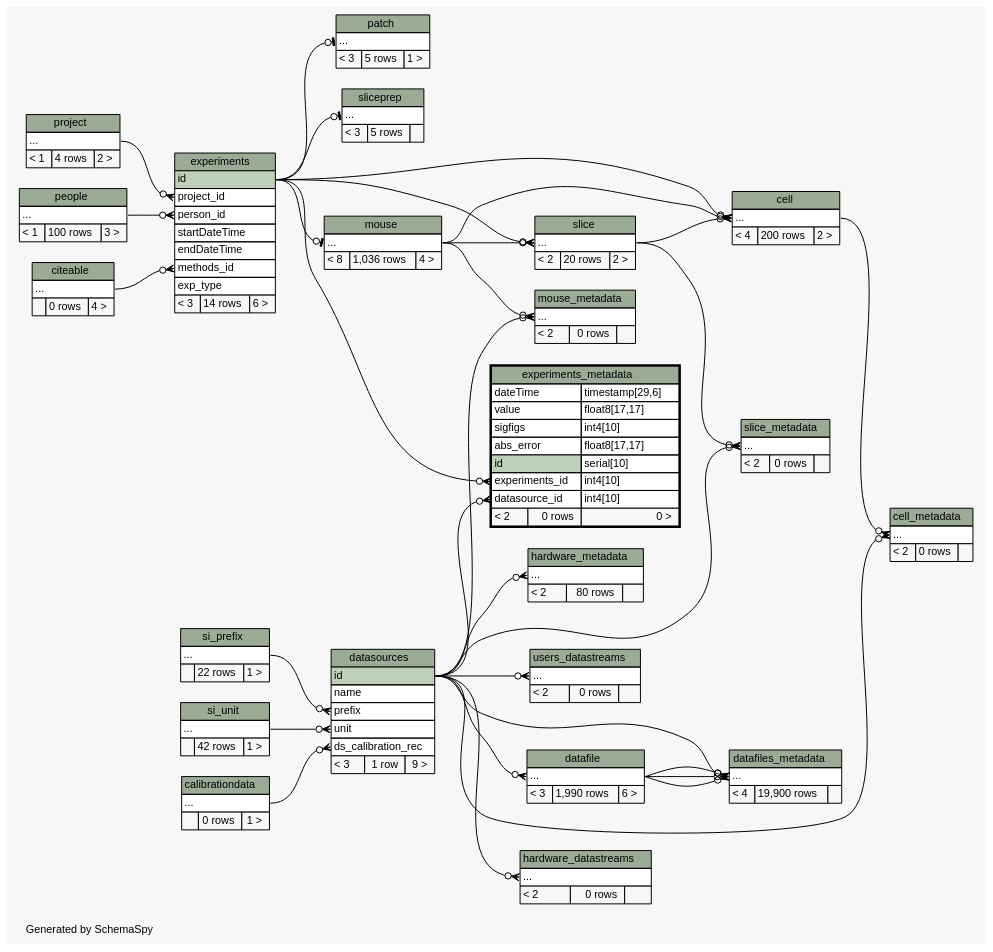
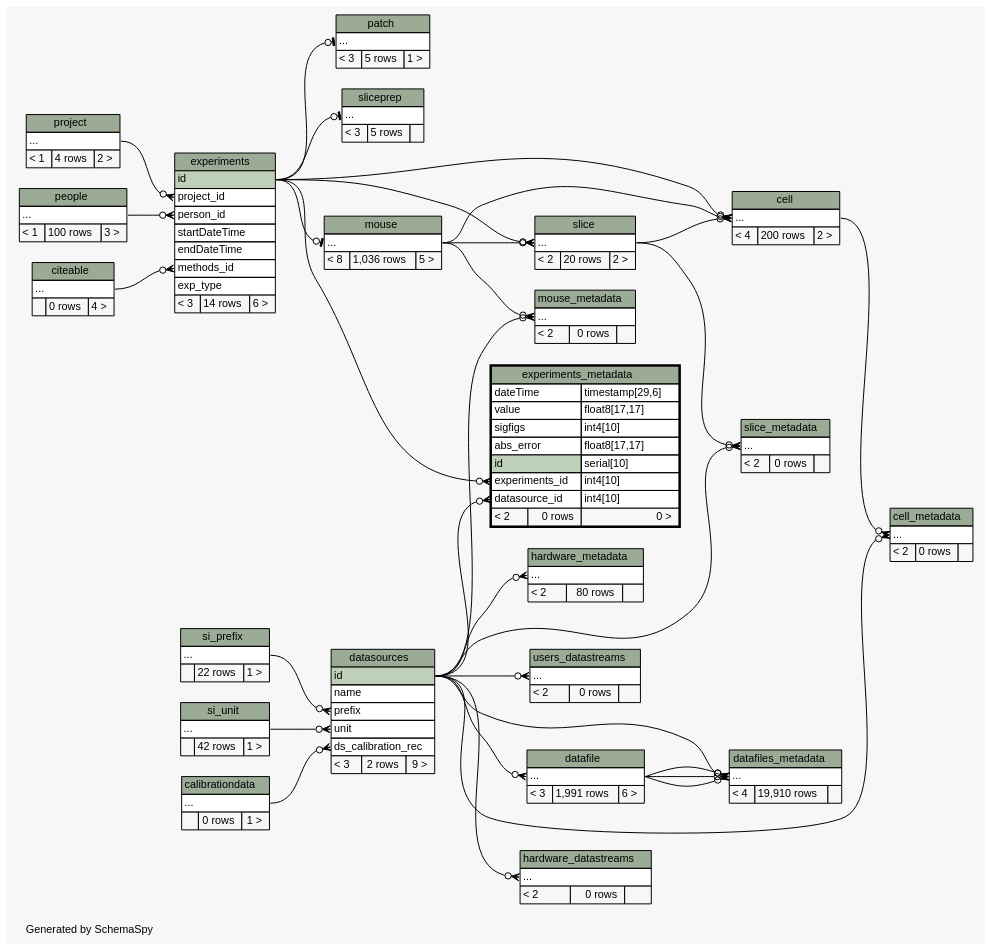
The diagram in database/ss/diagrams/experiments_metadata.2degrees.dot (tgbugs/mlab), drawn with Graphviz before and after one commit. The commit also changed 221 other files, not shown here.

```diff
--- a/database/ss/diagrams/experiments_metadata.2degrees.dot
+++ b/database/ss/diagrams/experiments_metadata.2degrees.dot
@@ -94,7 +94,7 @@
     <TABLE BORDER="0" CELLBORDER="1" CELLSPACING="0" BGCOLOR="#ffffff">
       <TR><TD COLSPAN="3" BGCOLOR="#9bab96" ALIGN="CENTER">datafile</TD></TR>
       <TR><TD PORT="elipses" COLSPAN="3" ALIGN="LEFT">...</TD></TR>
-      <TR><TD ALIGN="LEFT" BGCOLOR="#f7f7f7">&lt; 3</TD><TD ALIGN="RIGHT" BGCOLOR="#f7f7f7">1,990 rows</TD><TD ALIGN="RIGHT" BGCOLOR="#f7f7f7">6 &gt;</TD></TR>
+      <TR><TD ALIGN="LEFT" BGCOLOR="#f7f7f7">&lt; 3</TD><TD ALIGN="RIGHT" BGCOLOR="#f7f7f7">1,991 rows</TD><TD ALIGN="RIGHT" BGCOLOR="#f7f7f7">6 &gt;</TD></TR>
     </TABLE>>
     URL="datafile.html"
     tooltip="datafile"
@@ -104,7 +104,7 @@
     <TABLE BORDER="0" CELLBORDER="1" CELLSPACING="0" BGCOLOR="#ffffff">
       <TR><TD COLSPAN="3" BGCOLOR="#9bab96" ALIGN="CENTER">datafiles_metadata</TD></TR>
       <TR><TD PORT="elipses" COLSPAN="3" ALIGN="LEFT">...</TD></TR>
-      <TR><TD ALIGN="LEFT" BGCOLOR="#f7f7f7">&lt; 4</TD><TD ALIGN="RIGHT" BGCOLOR="#f7f7f7">19,900 rows</TD><TD ALIGN="RIGHT" BGCOLOR="#f7f7f7">  </TD></TR>
+      <TR><TD ALIGN="LEFT" BGCOLOR="#f7f7f7">&lt; 4</TD><TD ALIGN="RIGHT" BGCOLOR="#f7f7f7">19,910 rows</TD><TD ALIGN="RIGHT" BGCOLOR="#f7f7f7">  </TD></TR>
     </TABLE>>
     URL="datafiles_metadata.html"
     tooltip="datafiles_metadata"
@@ -118,7 +118,7 @@
       <TR><TD PORT="prefix" COLSPAN="3" ALIGN="LEFT">prefix</TD></TR>
       <TR><TD PORT="unit" COLSPAN="3" ALIGN="LEFT">unit</TD></TR>
       <TR><TD PORT="ds_calibration_rec" COLSPAN="3" ALIGN="LEFT">ds_calibration_rec</TD></TR>
-      <TR><TD ALIGN="LEFT" BGCOLOR="#f7f7f7">&lt; 3</TD><TD ALIGN="RIGHT" BGCOLOR="#f7f7f7">1 row</TD><TD ALIGN="RIGHT" BGCOLOR="#f7f7f7">9 &gt;</TD></TR>
+      <TR><TD ALIGN="LEFT" BGCOLOR="#f7f7f7">&lt; 3</TD><TD ALIGN="RIGHT" BGCOLOR="#f7f7f7">2 rows</TD><TD ALIGN="RIGHT" BGCOLOR="#f7f7f7">9 &gt;</TD></TR>
     </TABLE>>
     URL="datasources.html"
     tooltip="datasources"
@@ -180,7 +180,7 @@
     <TABLE BORDER="0" CELLBORDER="1" CELLSPACING="0" BGCOLOR="#ffffff">
       <TR><TD COLSPAN="3" BGCOLOR="#9bab96" ALIGN="CENTER">mouse</TD></TR>
       <TR><TD PORT="elipses" COLSPAN="3" ALIGN="LEFT">...</TD></TR>
-      <TR><TD ALIGN="LEFT" BGCOLOR="#f7f7f7">&lt; 8</TD><TD ALIGN="RIGHT" BGCOLOR="#f7f7f7">1,036 rows</TD><TD ALIGN="RIGHT" BGCOLOR="#f7f7f7">4 &gt;</TD></TR>
+      <TR><TD ALIGN="LEFT" BGCOLOR="#f7f7f7">&lt; 8</TD><TD ALIGN="RIGHT" BGCOLOR="#f7f7f7">1,036 rows</TD><TD ALIGN="RIGHT" BGCOLOR="#f7f7f7">5 &gt;</TD></TR>
     </TABLE>>
     URL="mouse.html"
     tooltip="mouse"
```
